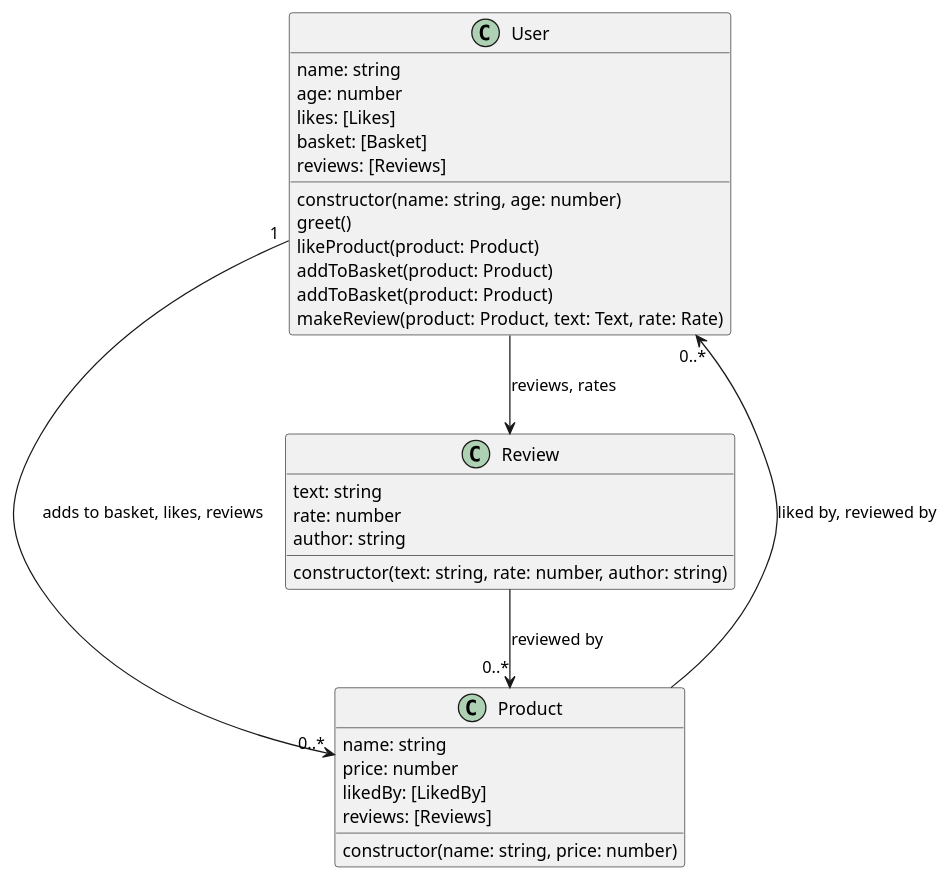
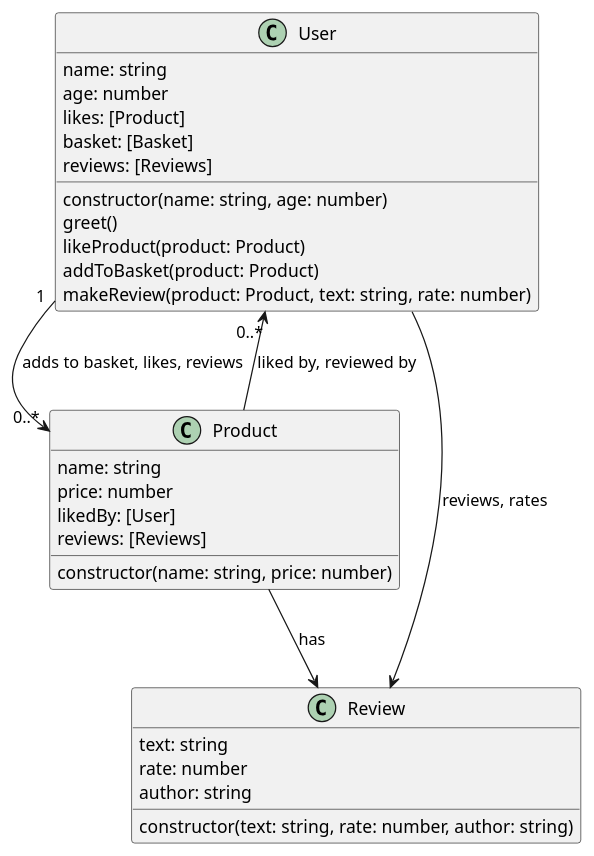
Before and after one commit to zyaparcetin/joy-toys-node: the diagram in src/class.puml, drawn with PlantUML.

Commit message:
Do some changes about classes

```diff
--- a/src/class.puml
+++ b/src/class.puml
@@ -1,39 +1,39 @@
 @startuml Joy Toys Class Diagram
 class User {
   name: string 
   age: number
-  likes: [Likes]
+  likes: [Product]
   basket: [Basket]
   reviews: [Reviews]
 
   constructor(name: string, age: number)
   greet()
   likeProduct(product: Product)
   addToBasket(product: Product)
-  addToBasket(product: Product)
-  makeReview(product: Product, text: Text, rate: Rate)
+  makeReview(product: Product, text: string, rate: number)
 }
 
 class Product {
   name: string
   price: number
-  likedBy: [LikedBy]
+  likedBy: [User]
   reviews: [Reviews]
 
   constructor(name: string, price: number)
 }
 
 class Review {
   text: string
   rate: number
   author: string
 
   constructor(text: string, rate: number, author: string)
 }
 
 User "1"  --> "0..*"  Product : adds to basket, likes, reviews
 Product --> "0..*" User : liked by, reviewed by
 User --> Review : reviews, rates
-Review --> "0..*" Product : reviewed by
+Product --> Review : has
+
 
 @enduml
```
